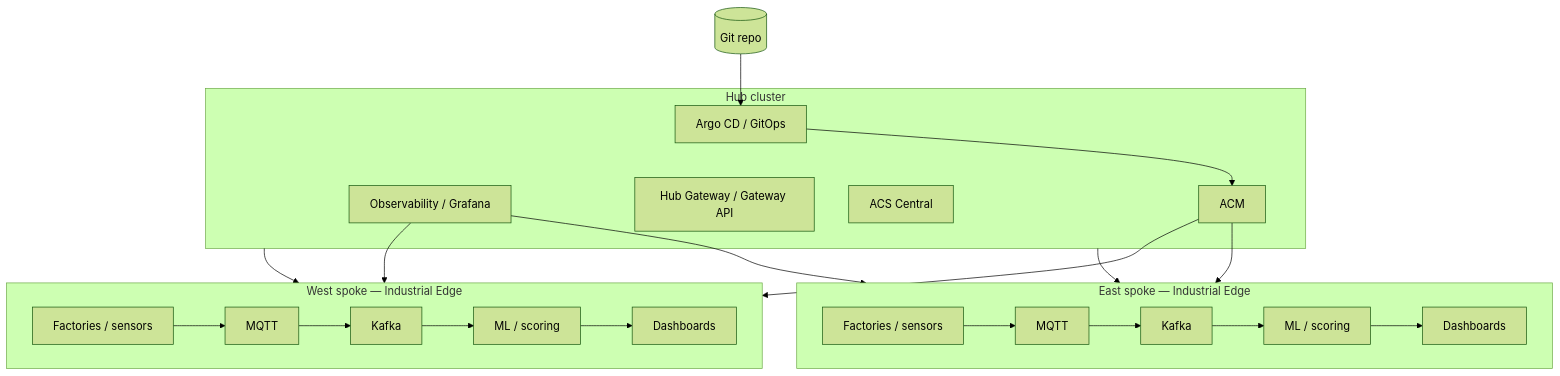
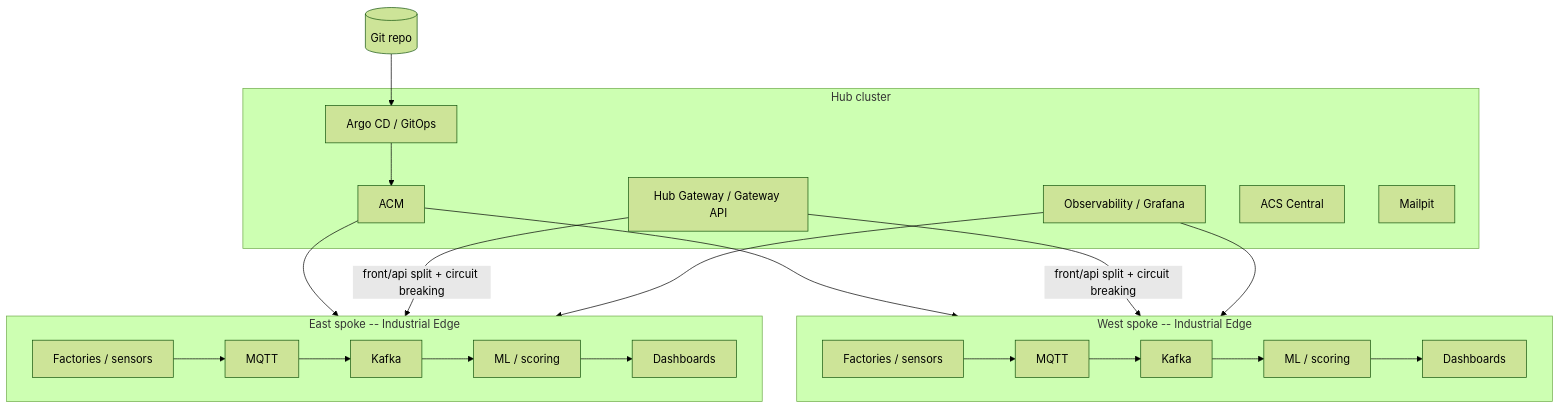
The diagram in docs/index.md (maximilianoPizarro/platform-hub-spoke-config), drawn with Mermaid (forest theme) before and after one commit. The commit also changed other lines of this file and 8 other files, not shown here.

First line of the commit message:
feat: circuit breaking, Red Hat Design System docs, Mailpit docs

````diff
--- a/docs/index.md
+++ b/docs/index.md
@@ -22,37 +23,38 @@
 ```mermaid
 flowchart TB
   subgraph Hub["Hub cluster"]
     ACM["ACM"]
     ARGO["Argo CD / GitOps"]
     OBS["Observability / Grafana"]
     GW["Hub Gateway / Gateway API"]
     ACS_C["ACS Central"]
+    MAIL["Mailpit"]
   end
 
-  subgraph East["East spoke — Industrial Edge"]
+  subgraph East["East spoke -- Industrial Edge"]
     IE_E["Factories / sensors"]
     MQTT_E["MQTT"]
     K_E["Kafka"]
     ML_E["ML / scoring"]
     D_E["Dashboards"]
   end
 
-  subgraph West["West spoke — Industrial Edge"]
+  subgraph West["West spoke -- Industrial Edge"]
     IE_W["Factories / sensors"]
     MQTT_W["MQTT"]
     K_W["Kafka"]
     ML_W["ML / scoring"]
     D_W["Dashboards"]
   end
 
   Git[(Git repo)] --> ARGO
   ARGO --> ACM
   ACM --> East
   ACM --> West
   IE_E --> MQTT_E --> K_E --> ML_E --> D_E
   IE_W --> MQTT_W --> K_W --> ML_W --> D_W
-  Hub --> East
-  Hub --> West
+  GW -->|"front/api split + circuit breaking"| East
+  GW -->|"front/api split + circuit breaking"| West
   OBS --> East
   OBS --> West
 ```
````
